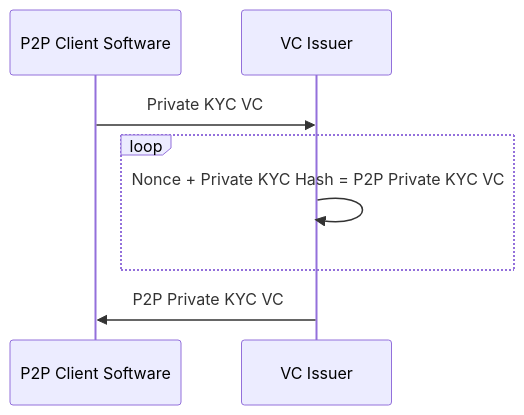
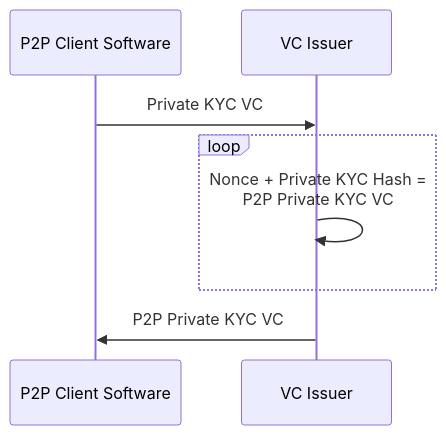
Before and after one commit to jacksophtron/open: the first of 2 diagrams in p2p-private-kyc.md, drawn with Mermaid. The commit also changed other lines of this file, not shown here.

````diff
--- a/p2p-private-kyc.md
+++ b/p2p-private-kyc.md
@@ -22,11 +21,11 @@
 ```mermaid
 sequenceDiagram
 	participant P2P Client Software
 	participant VC Issuer
 
 	P2P Client Software->>VC Issuer: Private KYC VC
 	loop	
-		VC Issuer->>VC Issuer: Nonce + Private KYC Hash = P2P Private KYC VC
+		VC Issuer->>VC Issuer: Nonce + Private KYC Hash = <br>P2P Private KYC VC
 	end
 	VC Issuer->>P2P Client Software: P2P Private KYC VC	
 ```
````
